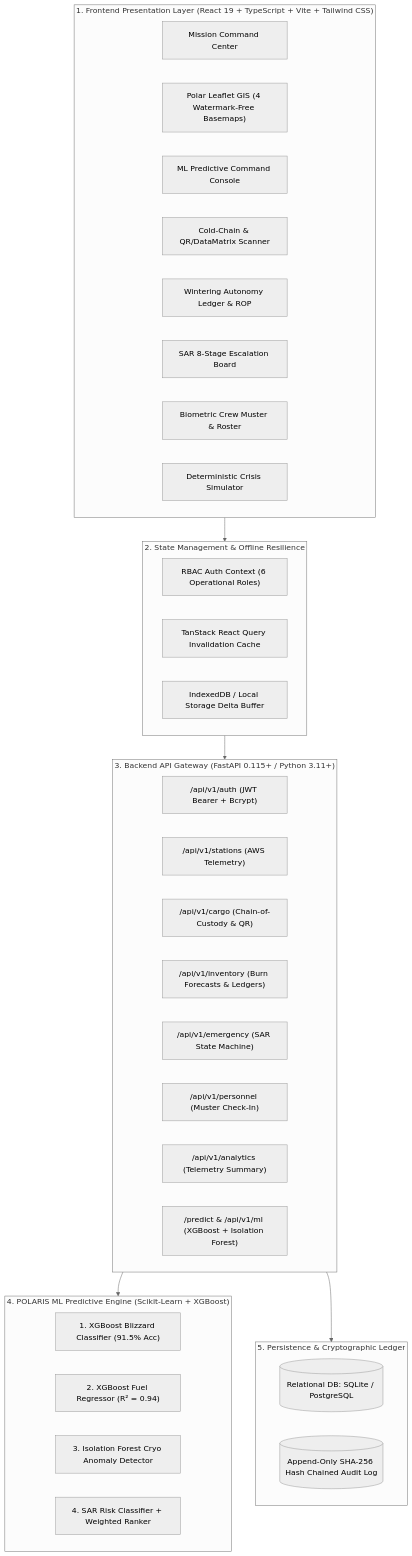
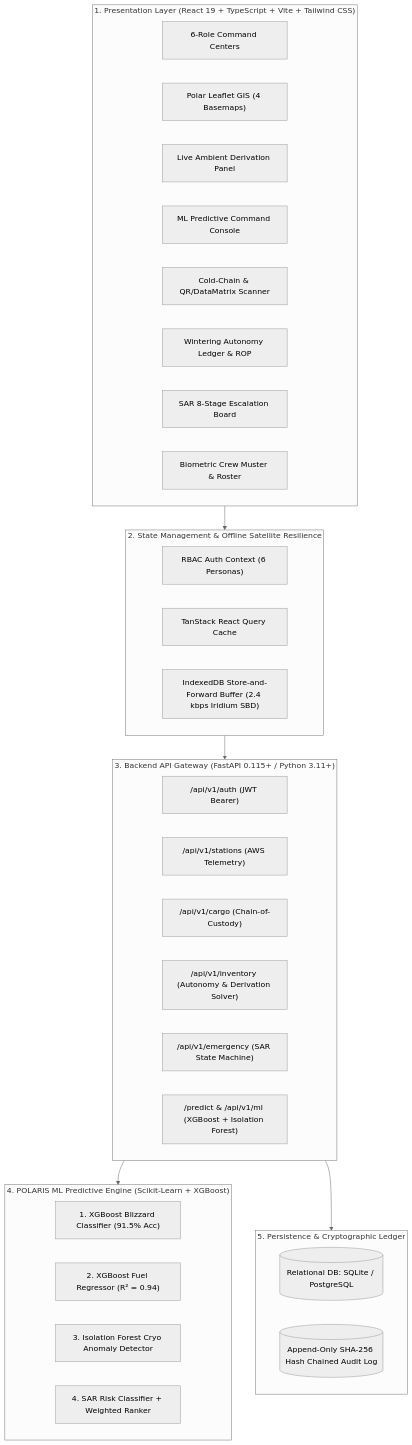
Before and after one commit to Himarghya/SIH26062: the diagram in README.md, drawn with Mermaid (neutral theme). The commit also changed other lines of this file, not shown here.

Commit message:
docs: update comprehensive README with executive pillars, live derivation math, satellite architecture, and role feature matrices

````diff
--- a/README.md
+++ b/README.md
@@ -28,47 +45,45 @@
 ```mermaid
 graph TD
-    subgraph UI_Layer ["1. Frontend Presentation Layer (React 19 + TypeScript + Vite + Tailwind CSS)"]
-        Dash["Mission Command Center"]
-        GIS["Polar Leaflet GIS (4 Watermark-Free Basemaps)"]
+    subgraph UI_Layer ["1. Presentation Layer (React 19 + TypeScript + Vite + Tailwind CSS)"]
+        Dash["6-Role Command Centers"]
+        GIS["Polar Leaflet GIS (4 Basemaps)"]
+        AutonomyUI["Live Ambient Derivation Panel"]
         MLConsole["ML Predictive Command Console"]
         CargoUI["Cold-Chain & QR/DataMatrix Scanner"]
         InvUI["Wintering Autonomy Ledger & ROP"]
         SarUI["SAR 8-Stage Escalation Board"]
         PersonnelUI["Biometric Crew Muster & Roster"]
-        SimUI["Deterministic Crisis Simulator"]
     end
 
-    subgraph State_Security ["2. State Management & Offline Resilience"]
-        AuthCtx["RBAC Auth Context (6 Operational Roles)"]
-        QueryClient["TanStack React Query Invalidation Cache"]
-        OfflineQueue["IndexedDB / Local Storage Delta Buffer"]
+    subgraph State_Security ["2. State Management & Offline Satellite Resilience"]
+        AuthCtx["RBAC Auth Context (6 Personas)"]
+        QueryClient["TanStack React Query Cache"]
+        OfflineQueue["IndexedDB Store-and-Forward Buffer (2.4 kbps Iridium SBD)"]
     end
 
     subgraph API_Layer ["3. Backend API Gateway (FastAPI 0.115+ / Python 3.11+)"]
-        AuthAPI["/api/v1/auth (JWT Bearer + Bcrypt)"]
+        AuthAPI["/api/v1/auth (JWT Bearer)"]
         StationAPI["/api/v1/stations (AWS Telemetry)"]
-        CargoAPI["/api/v1/cargo (Chain-of-Custody & QR)"]
-        InvAPI["/api/v1/inventory (Burn Forecasts & Ledgers)"]
+        CargoAPI["/api/v1/cargo (Chain-of-Custody)"]
+        InvAPI["/api/v1/inventory (Autonomy & Derivation Solver)"]
         EmergencyAPI["/api/v1/emergency (SAR State Machine)"]
-        PersonnelAPI["/api/v1/personnel (Muster Check-In)"]
-        AnalyticsAPI["/api/v1/analytics (Telemetry Summary)"]
         MLAPI["/predict & /api/v1/ml (XGBoost + Isolation Forest)"]
     end
 
     subgraph ML_Engine ["4. POLARIS ML Predictive Engine (Scikit-Learn + XGBoost)"]
         BlizzardMdl["1. XGBoost Blizzard Classifier (91.5% Acc)"]
         FuelMdl["2. XGBoost Fuel Regressor (R² = 0.94)"]
         CryoMdl["3. Isolation Forest Cryo Anomaly Detector"]
         SARMdl["4. SAR Risk Classifier + Weighted Ranker"]
     end
 
     subgraph Database_Layer ["5. Persistence & Cryptographic Ledger"]
         RelationalDB[("Relational DB: SQLite / PostgreSQL")]
         AuditChain[("Append-Only SHA-256 Hash Chained Audit Log")]
     end
 
     UI_Layer --> State_Security
     State_Security --> API_Layer
     API_Layer --> ML_Engine
     API_Layer --> Database_Layer
 ```
````
